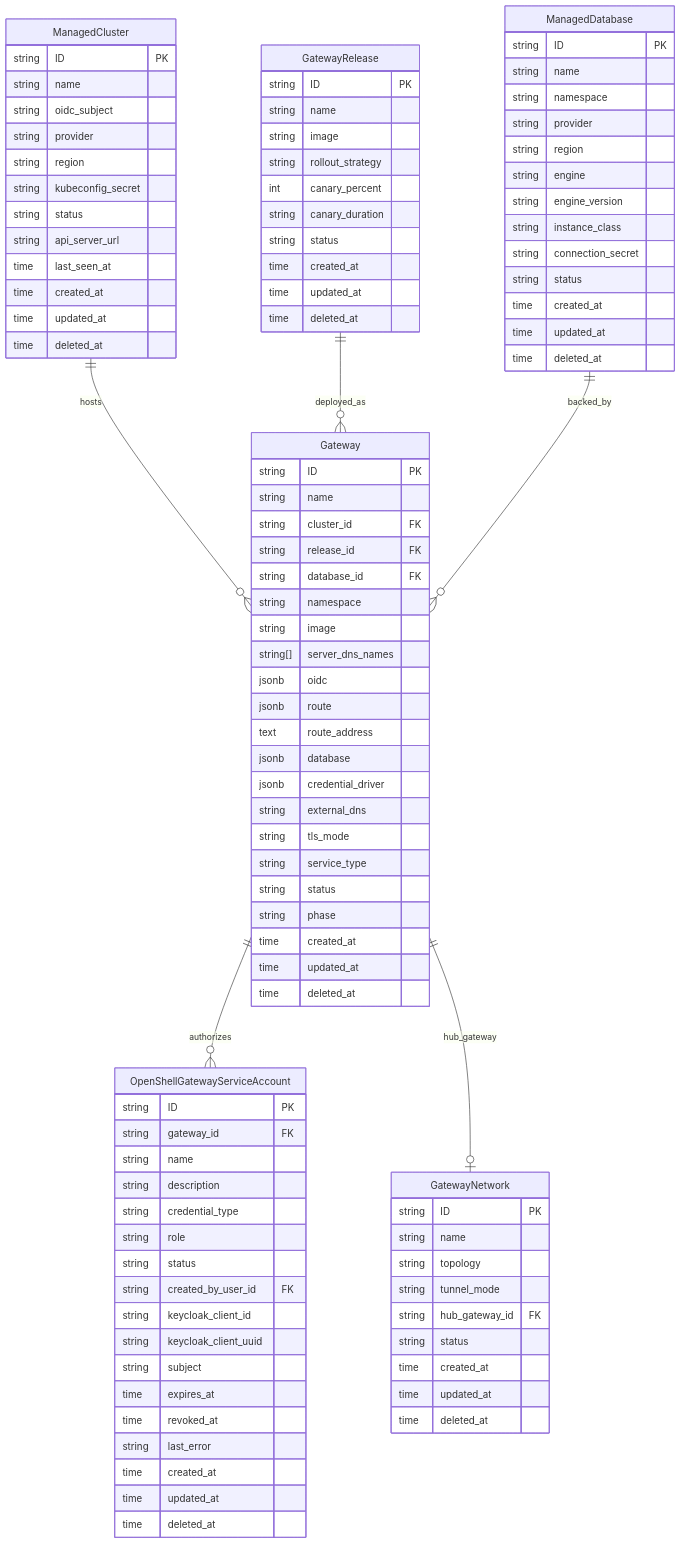
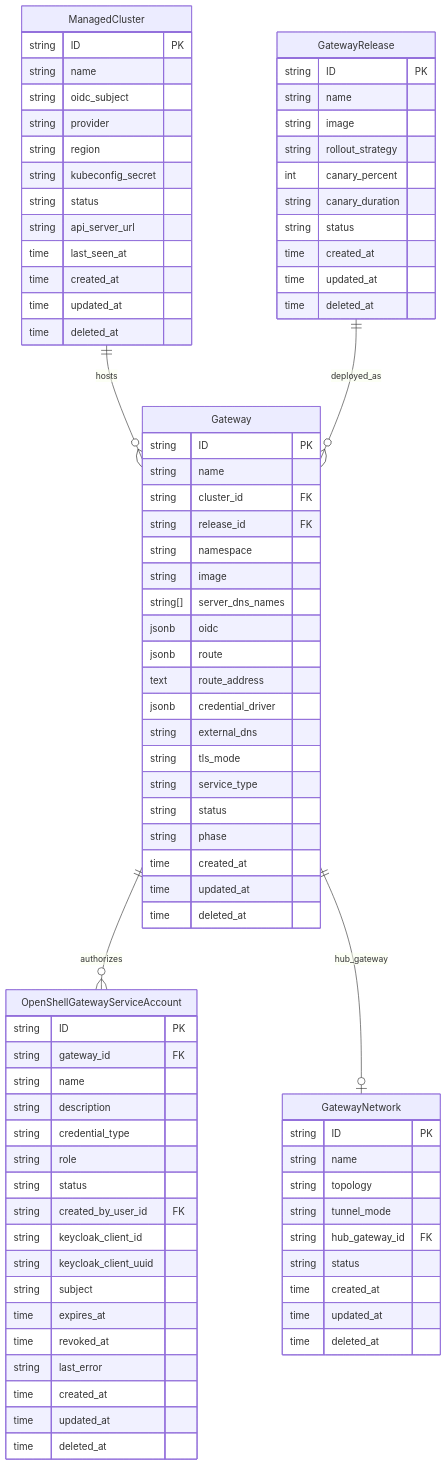
The diagram in specs/platform/data-model.spec.md (openshift-online/hypershell), drawn with Mermaid before and after one commit. The commit also changed other lines of this file and 22 other files, not shown here.

Commit message:
docs(spec): replace managed database contracts

````diff
--- a/specs/platform/data-model.spec.md
+++ b/specs/platform/data-model.spec.md
@@ -33,22 +32,6 @@
         string status
         string api_server_url
         time last_seen_at
-        time created_at
-        time updated_at
-        time deleted_at
-    }
-
-    ManagedDatabase {
-        string ID PK
-        string name
-        string namespace
-        string provider
-        string region
-        string engine
-        string engine_version
-        string instance_class
-        string connection_secret
-        string status
         time created_at
         time updated_at
         time deleted_at
@@ -72,14 +55,12 @@
         string name
         string cluster_id FK
         string release_id FK
-        string database_id FK
         string namespace
         string image
         string[] server_dns_names
         jsonb oidc
         jsonb route
         text route_address
-        jsonb database
         jsonb credential_driver
         string external_dns
         string tls_mode
@@ -125,7 +106,6 @@
 
     ManagedCluster ||--o{ Gateway : "hosts"
     GatewayRelease ||--o{ Gateway : "deployed_as"
-    ManagedDatabase ||--o{ Gateway : "backed_by"
     Gateway ||--o{ OpenShellGatewayServiceAccount : "authorizes"
     Gateway ||--o| GatewayNetwork : "hub_gateway"
 ```
````
